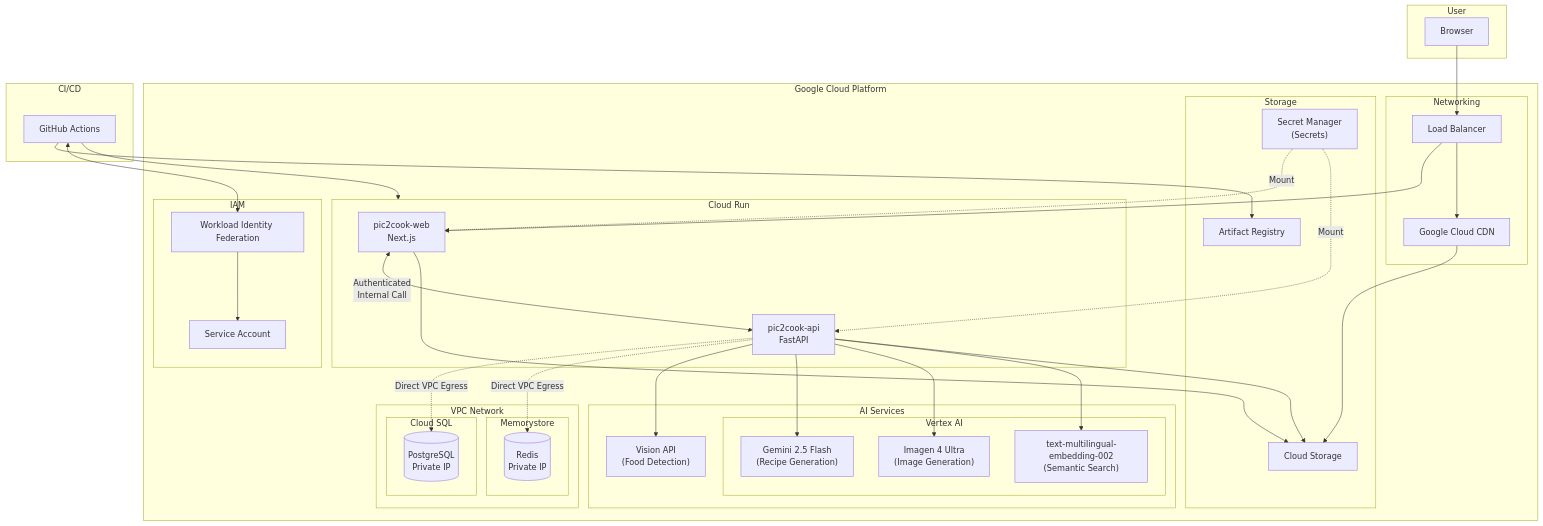
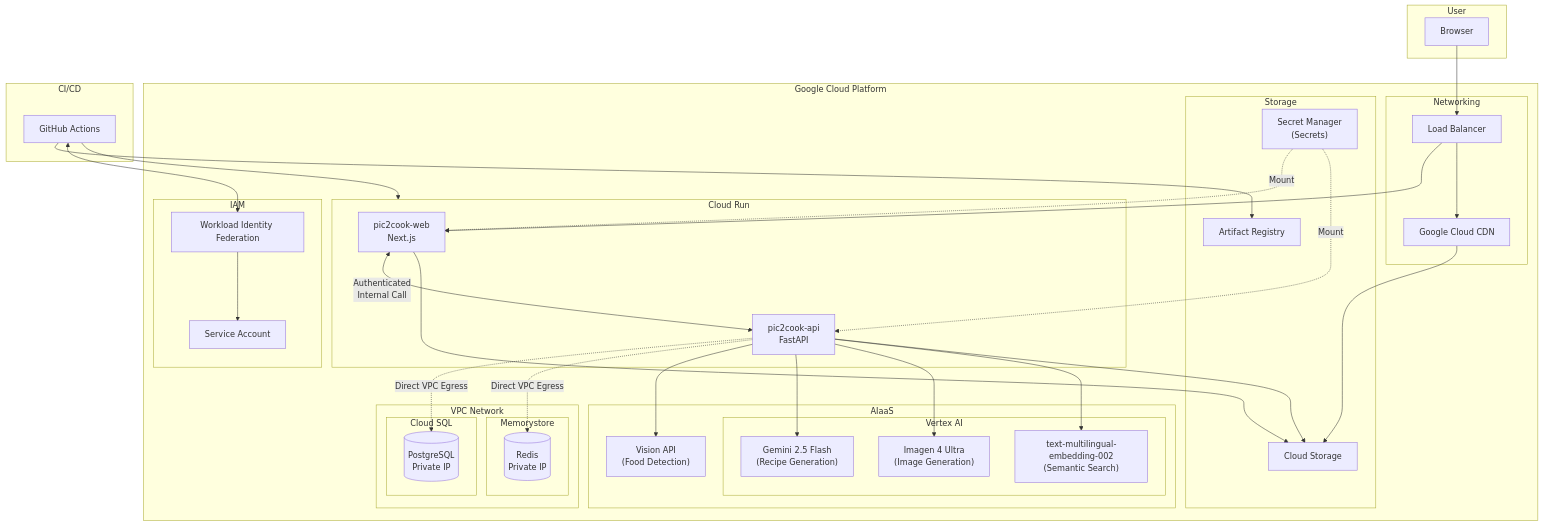
One commit to pic2cook/diagrams changed the first of 2 diagrams in pic2cook/README.md. Above: the diagram before and after it, drawn with Mermaid.

Commit message:
Update README.md from pic2cook/pic2cook (3942bcda110f22fed559c5a3f61ad5916d97aec5)

```diff
--- a/pic2cook/README.md
+++ b/pic2cook/README.md
@@ -38,7 +38,7 @@
             SecretManager["Secret Manager<br/>(Secrets)"]
         end
 
-        subgraph AI["AI Services"]
+        subgraph AI["AIaaS"]
             subgraph VertexAI["Vertex AI"]
                 Gemini["Gemini 2.5 Flash<br/>(Recipe Generation)"]
                 Imagen["Imagen 4 Ultra<br/>(Image Generation)"]
```
